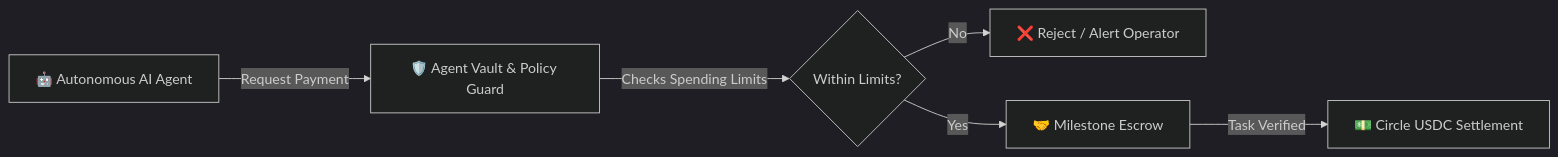
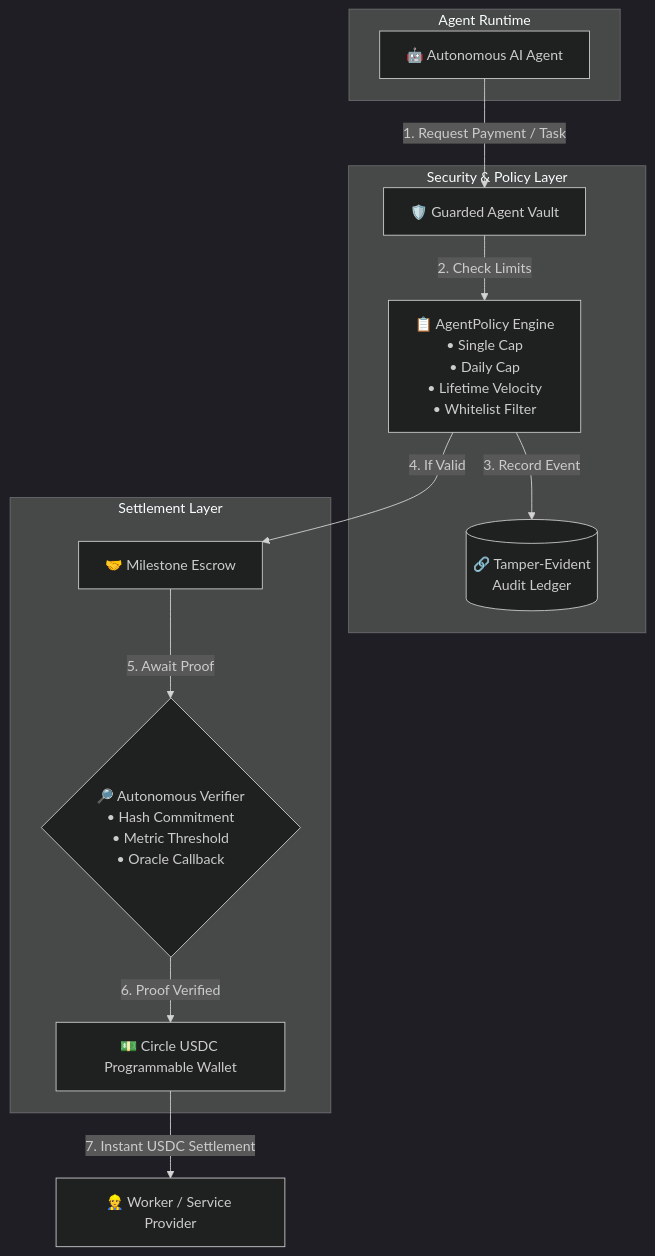
One commit to Booshdag-io/arc-usdc-agent-pay changed the diagram in README.md. Above: the diagram before and after it, drawn with Mermaid (dark theme). The commit also changed other lines of this file, not shown here.

Commit message:
feat: upgrade architecture - README.md

````diff
--- a/README.md
+++ b/README.md
@@ -27,8 +27,26 @@
 ```mermaid
-graph LR
-    Agent[🤖 Autonomous AI Agent] -->|Request Payment| Vault[🛡️ Agent Vault & Policy Guard]
-    Vault -->|Checks Spending Limits| Approved{Within Limits?}
-    Approved -- No --> Reject[❌ Reject / Alert Operator]
-    Approved -- Yes --> Escrow[🤝 Milestone Escrow]
-    Escrow -->|Task Verified| Settlement[💵 Circle USDC Settlement]
+graph TD
+    subgraph Agent Runtime
+        Agent[🤖 Autonomous AI Agent]
+    end
+
+    subgraph Security & Policy Layer
+        Vault[🛡️ Guarded Agent Vault]
+        Policy[📋 AgentPolicy Engine<br/>• Single Cap<br/>• Daily Cap<br/>• Lifetime Velocity<br/>• Whitelist Filter]
+        Ledger[(🔗 Tamper-Evident<br/>Audit Ledger)]
+    end
+
+    subgraph Settlement Layer
+        Escrow[🤝 Milestone Escrow]
+        Verifier{🔎 Autonomous Verifier<br/>• Hash Commitment<br/>• Metric Threshold<br/>• Oracle Callback}
+        Circle[💵 Circle USDC Programmable Wallet]
+    end
+
+    Agent -->|1. Request Payment / Task| Vault
+    Vault -->|2. Check Limits| Policy
+    Policy -->|3. Record Event| Ledger
+    Policy -->|4. If Valid| Escrow
+    Escrow -->|5. Await Proof| Verifier
+    Verifier -->|6. Proof Verified| Circle
+    Circle -->|7. Instant USDC Settlement| Worker[👷 Worker / Service Provider]
 ```
````
